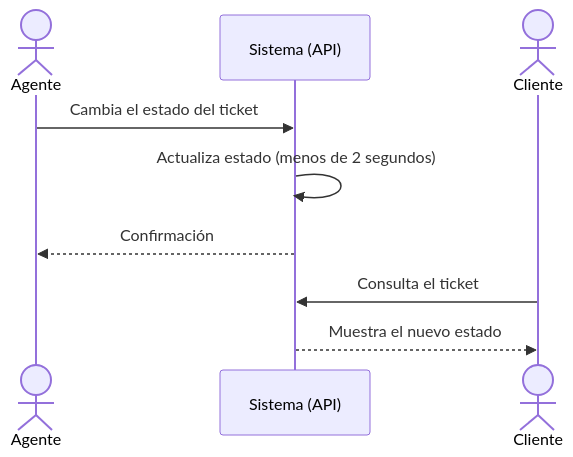
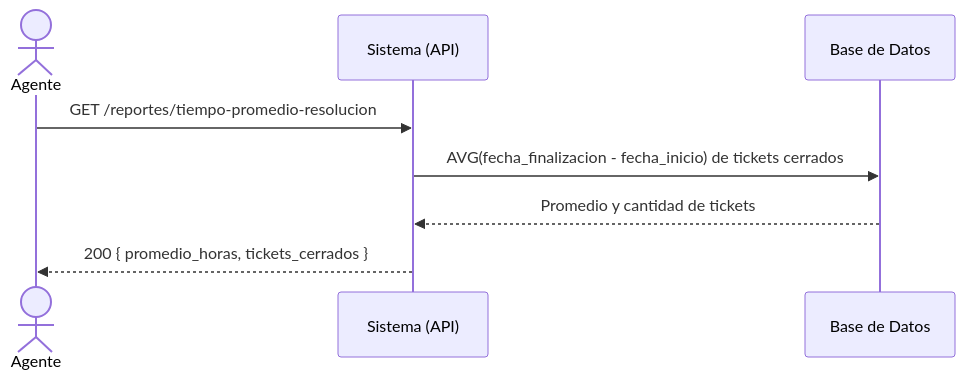
The fourth of 4 diagrams in documentacion/14_diagrama_secuencias.md (lucho-peralta/gestionTickets), drawn with Mermaid before and after one commit. The commit also changed other lines of this file and 32 other files, not shown here.

````diff
--- a/documentacion/14_diagrama_secuencias.md
+++ b/documentacion/14_diagrama_secuencias.md
@@ -19,11 +84,11 @@
 ```mermaid
 sequenceDiagram
-actor Agente
-participant Sistema as Sistema (API)
-actor Cliente
-Agente->>Sistema: Cambia el estado del ticket
-Sistema->>Sistema: Actualiza estado (menos de 2 segundos)
-Sistema-->>Agente: Confirmación
-Cliente->>Sistema: Consulta el ticket
-Sistema-->>Cliente: Muestra el nuevo estado
+    actor Agente
+    participant API as Sistema (API)
+    participant BD as Base de Datos
+
+    Agente->>API: GET /reportes/tiempo-promedio-resolucion
+    API->>BD: AVG(fecha_finalizacion - fecha_inicio) de tickets cerrados
+    BD-->>API: Promedio y cantidad de tickets
+    API-->>Agente: 200 { promedio_horas, tickets_cerrados }
 ```
````
